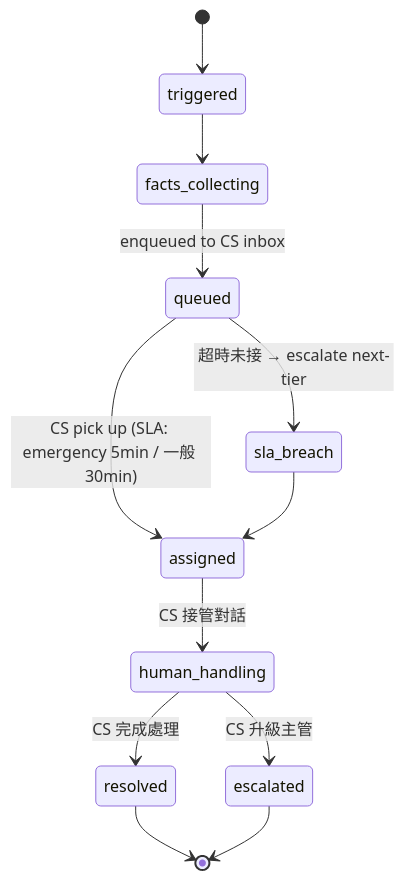
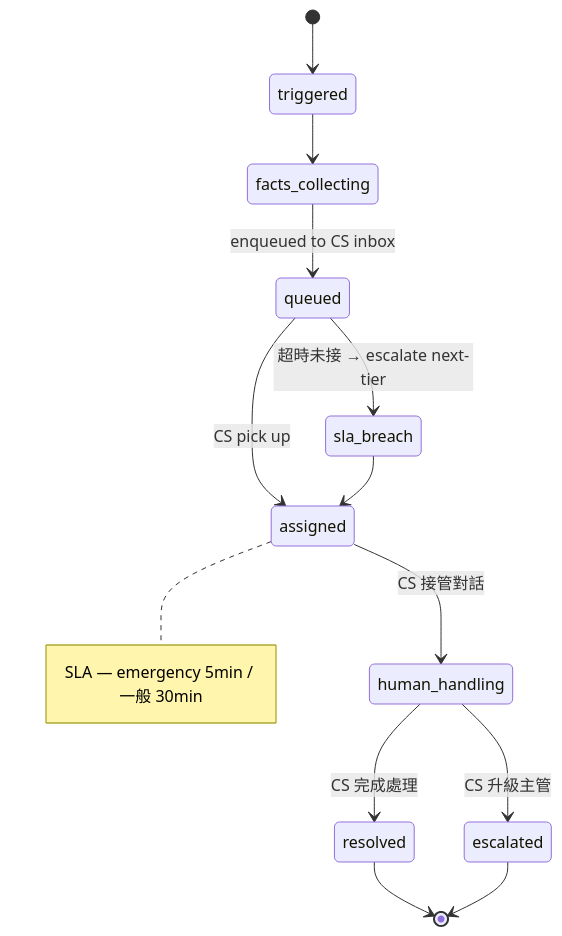
Before and after one commit to Zenobia000/chatlock_dev_docs: the second of 2 diagrams in docs/ux/by-module/A07-handoff-flow.md, drawn with Mermaid. The commit also changed 115 other files, not shown here.

````diff
--- a/docs/ux/by-module/A07-handoff-flow.md
+++ b/docs/ux/by-module/A07-handoff-flow.md
@@ -45,14 +45,15 @@
 ```mermaid
 stateDiagram-v2
     [*] --> triggered
     triggered --> facts_collecting
     facts_collecting --> queued : enqueued to CS inbox
-    queued --> assigned : CS pick up (SLA: emergency 5min / 一般 30min)
+    queued --> assigned : CS pick up
+    note right of assigned : SLA — emergency 5min / 一般 30min
     assigned --> human_handling : CS 接管對話
     human_handling --> escalated : CS 升級主管
     human_handling --> resolved : CS 完成處理
     queued --> sla_breach : 超時未接 → escalate next-tier
     sla_breach --> assigned
     resolved --> [*]
     escalated --> [*]
 ```
````
